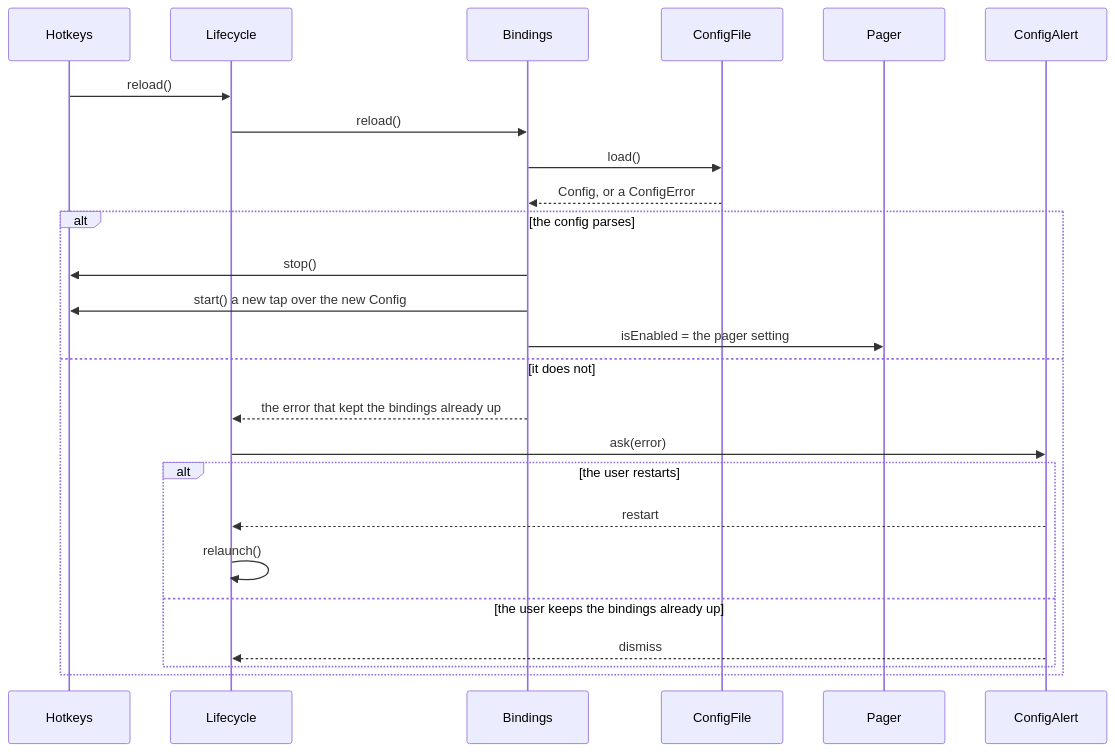
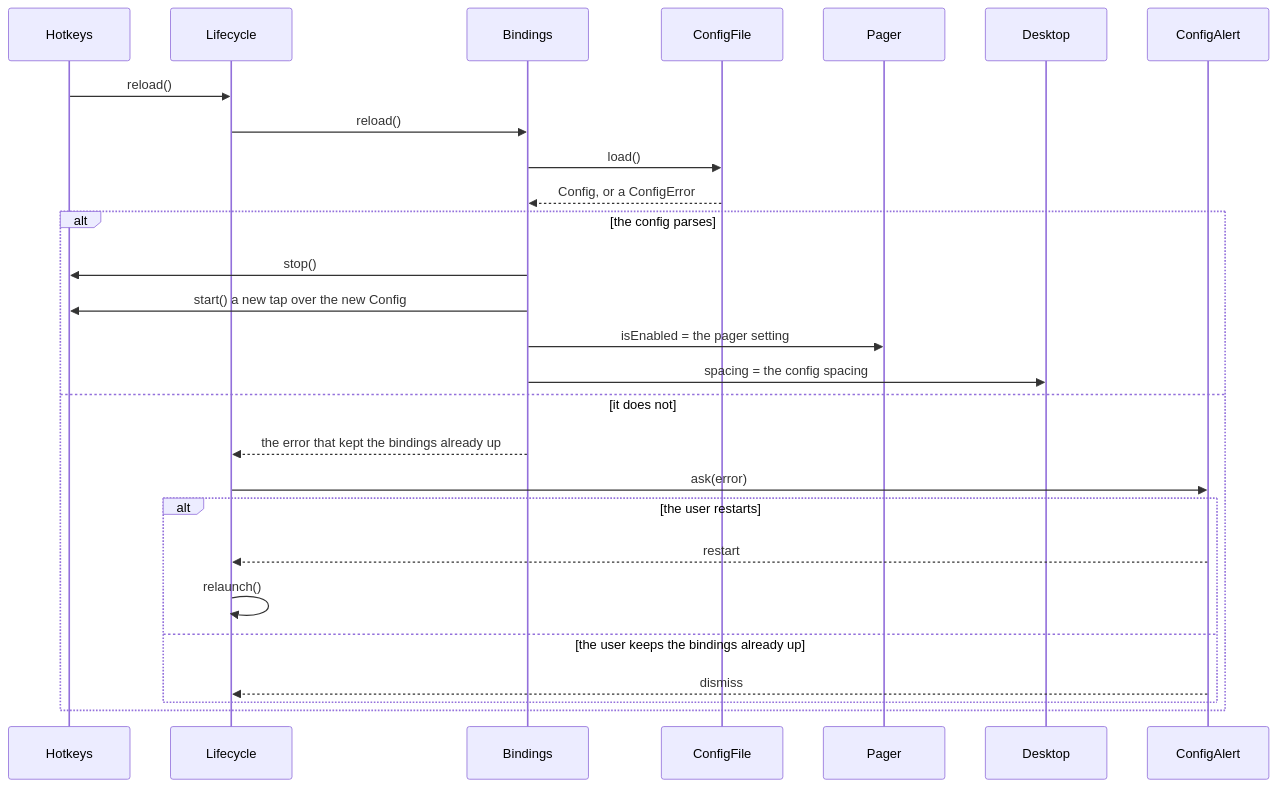
Before and after one commit to brennovich/ottowm: diagram 17 of 22 in ARCHITECTURE.md, drawn with Mermaid. The commit also changed other lines of this file, not shown here.

Commit message:
Re-structure ARCHITECTURE.md

````diff
--- a/ARCHITECTURE.md
+++ b/ARCHITECTURE.md
@@ -416,21 +416,22 @@
 ```mermaid
 sequenceDiagram
     Hotkeys->>Lifecycle: reload()
     Lifecycle->>Bindings: reload()
     Bindings->>ConfigFile: load()
     ConfigFile-->>Bindings: Config, or a ConfigError
     alt the config parses
         Bindings->>Hotkeys: stop()
         Bindings->>Hotkeys: start() a new tap over the new Config
         Bindings->>Pager: isEnabled = the pager setting
+        Bindings->>Desktop: spacing = the config spacing
     else it does not
         Bindings-->>Lifecycle: the error that kept the bindings already up
         Lifecycle->>ConfigAlert: ask(error)
         alt the user restarts
             ConfigAlert-->>Lifecycle: restart
             Lifecycle->>Lifecycle: relaunch()
         else the user keeps the bindings already up
             ConfigAlert-->>Lifecycle: dismiss
         end
     end
 ```
````
